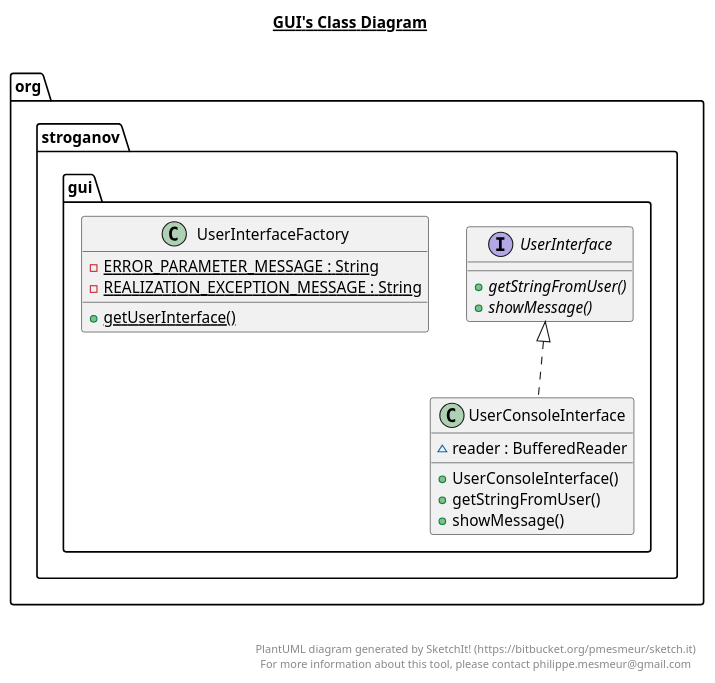
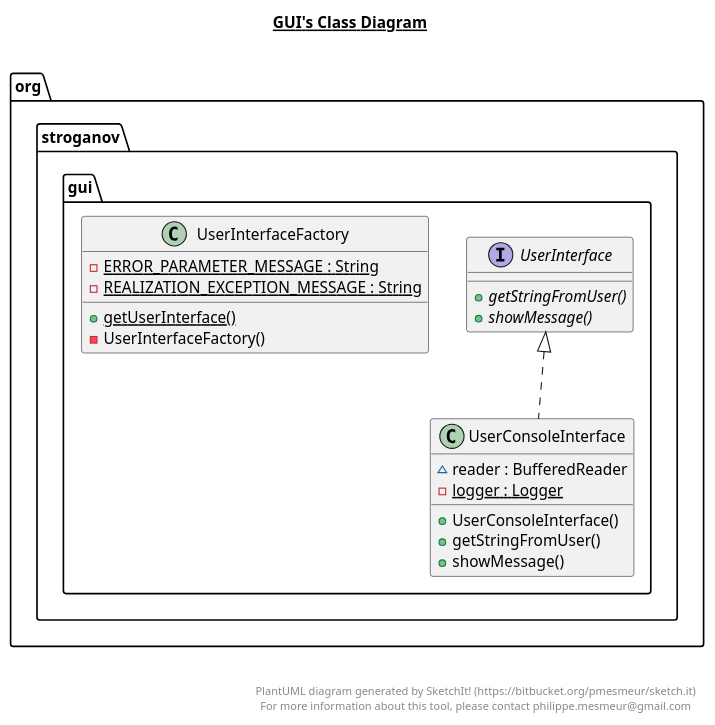
Before and after one commit to SergeyStroganoff/LibraryApp: the diagram in src/main/java/org/stroganov/gui/gui.plantuml, drawn with PlantUML. The commit also changed 14 other files, not shown here.

```diff
--- a/src/main/java/org/stroganov/gui/gui.plantuml
+++ b/src/main/java/org/stroganov/gui/gui.plantuml
@@ -1,48 +1,50 @@
 @startuml
 
 title __GUI's Class Diagram__\n
 
   namespace org.stroganov {
     namespace gui {
       class org.stroganov.gui.UserConsoleInterface {
           ~ reader : BufferedReader
+          {static} - logger : Logger
           + UserConsoleInterface()
           + getStringFromUser()
           + showMessage()
       }
     }
   }
   
 
   namespace org.stroganov {
     namespace gui {
       interface org.stroganov.gui.UserInterface {
           {abstract} + getStringFromUser()
           {abstract} + showMessage()
       }
     }
   }
   
 
   namespace org.stroganov {
     namespace gui {
       class org.stroganov.gui.UserInterfaceFactory {
           {static} - ERROR_PARAMETER_MESSAGE : String
           {static} - REALIZATION_EXCEPTION_MESSAGE : String
           {static} + getUserInterface()
+          - UserInterfaceFactory()
       }
     }
   }
   
 
   org.stroganov.gui.UserConsoleInterface .up.|> org.stroganov.gui.UserInterface
 
 
 right footer
 
 
 PlantUML diagram generated by SketchIt! (https://bitbucket.org/pmesmeur/sketch.it)
 For more information about this tool, please contact philippe.mesmeur@gmail.com
 endfooter
 
 @enduml
```
